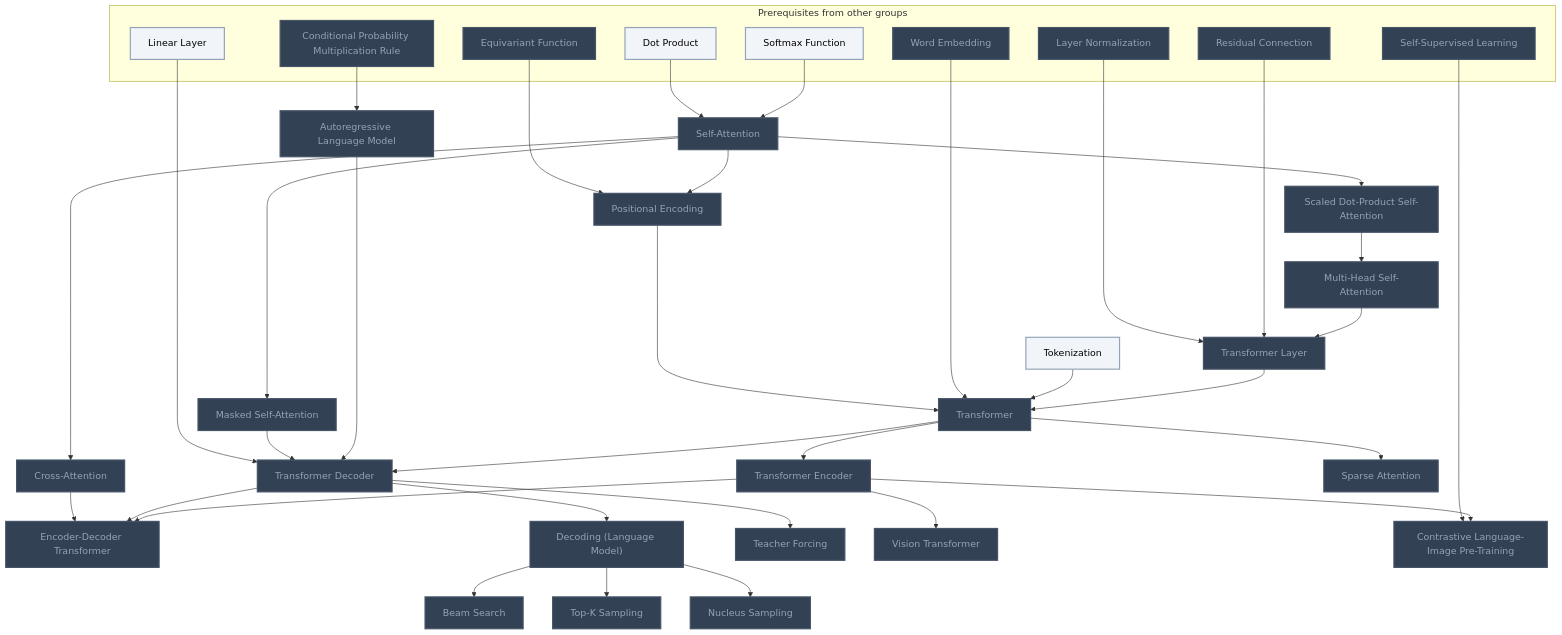
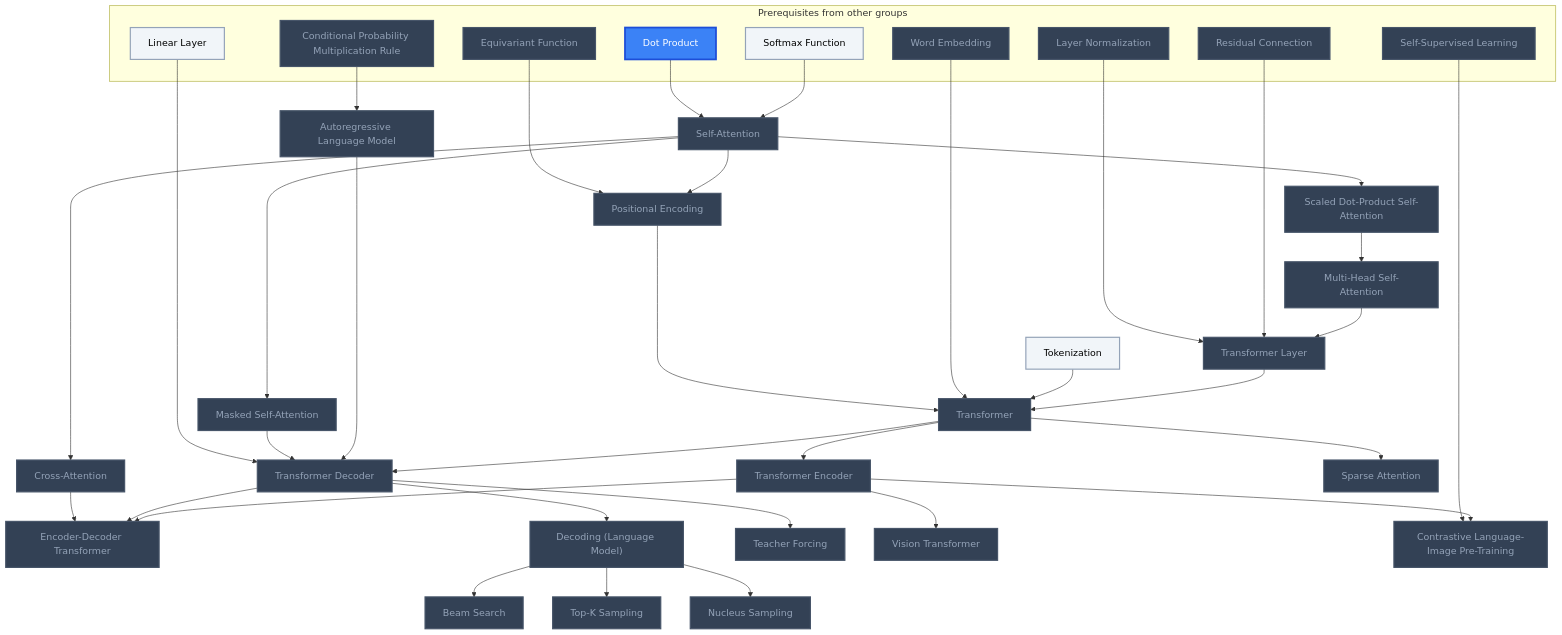
Before and after one commit to MRauf1/My-Notes: diagram 11 of 21 in Gamification/Skill Trees/Deep Learning.md, drawn with Mermaid. The commit also changed other lines of this file and 57 other files, not shown here.

````diff
--- a/Gamification/Skill Trees/Deep Learning.md
+++ b/Gamification/Skill Trees/Deep Learning.md
@@ -575,80 +575,81 @@
 ```mermaid
 flowchart TD
     classDef planned fill:#1E293B,stroke:#64748B,stroke-width:2px,stroke-dasharray:5 5,color:#94A3B8;
     classDef locked fill:#334155,stroke:#475569,stroke-width:2px,color:#94A3B8;
     classDef L0 fill:#F1F5F9,stroke:#94A3B8,stroke-width:2px,color:#000000;
     classDef L1 fill:#22C55E,stroke:#15803D,stroke-width:2px,color:#000000;
     classDef L2 fill:#3B82F6,stroke:#1D4ED8,stroke-width:3px,color:#FFFFFF;
     classDef L3 fill:#A855F7,stroke:#6B21A8,stroke-width:3px,color:#FFFFFF,font-weight:bold;
     classDef L4 fill:#F97316,stroke:#C2410C,stroke-width:4px,color:#000000,font-weight:bold;
     classDef L5 fill:#FFD700,stroke:#FF8C00,stroke-width:5px,color:#000000,font-weight:bold;
     classDef rusty stroke:#8B4513,stroke-width:4px,stroke-dasharray:3 3;
     subgraph sg_prereqs["Prerequisites from other groups"]
         n_softmax_function["Softmax Function"]
         n_dot_product["Dot Product"]
         n_equivariant_function["Equivariant Function"]
         n_residual_connection["Residual Connection"]
         n_layer_normalization["Layer Normalization"]
         n_word_embedding["Word Embedding"]
         n_conditional_probability_multiplication_rule["Conditional Probability Multiplication Rule"]
         n_linear_layer["Linear Layer"]
         n_self_supervised_learning["Self-Supervised Learning"]
     end
     n_self_attention["Self-Attention"]
     n_scaled_dot_product_self_attention["Scaled Dot-Product Self-Attention"]
     n_multi_head_self_attention["Multi-Head Self-Attention"]
     n_masked_self_attention["Masked Self-Attention"]
     n_cross_attention["Cross-Attention"]
     n_positional_encoding["Positional Encoding"]
     n_tokenization["Tokenization"]
     n_transformer_layer["Transformer Layer"]
     n_transformer["Transformer"]
     n_transformer_encoder["Transformer Encoder"]
     n_autoregressive_language_model["Autoregressive Language Model"]
     n_transformer_decoder["Transformer Decoder"]
     n_encoder_decoder_transformer["Encoder-Decoder Transformer"]
     n_decoding_language_model["Decoding (Language Model)"]
     n_beam_search["Beam Search"]
     n_top_k_sampling["Top-K Sampling"]
     n_nucleus_sampling["Nucleus Sampling"]
     n_teacher_forcing["Teacher Forcing"]
     n_sparse_attention["Sparse Attention"]
     n_vision_transformer["Vision Transformer"]
     n_contrastive_language_image_pre_training["Contrastive Language-Image Pre-Training"]
     n_softmax_function --> n_self_attention
     n_dot_product --> n_self_attention
     n_self_attention --> n_scaled_dot_product_self_attention
     n_scaled_dot_product_self_attention --> n_multi_head_self_attention
     n_self_attention --> n_masked_self_attention
     n_self_attention --> n_cross_attention
     n_self_attention --> n_positional_encoding
     n_equivariant_function --> n_positional_encoding
     n_multi_head_self_attention --> n_transformer_layer
     n_residual_connection --> n_transformer_layer
     n_layer_normalization --> n_transformer_layer
     n_transformer_layer --> n_transformer
     n_tokenization --> n_transformer
     n_word_embedding --> n_transformer
     n_positional_encoding --> n_transformer
     n_transformer --> n_transformer_encoder
     n_conditional_probability_multiplication_rule --> n_autoregressive_language_model
     n_transformer --> n_transformer_decoder
     n_autoregressive_language_model --> n_transformer_decoder
     n_masked_self_attention --> n_transformer_decoder
     n_linear_layer --> n_transformer_decoder
     n_transformer_encoder --> n_encoder_decoder_transformer
     n_transformer_decoder --> n_encoder_decoder_transformer
     n_cross_attention --> n_encoder_decoder_transformer
     n_transformer_decoder --> n_decoding_language_model
     n_decoding_language_model --> n_beam_search
     n_decoding_language_model --> n_top_k_sampling
     n_decoding_language_model --> n_nucleus_sampling
     n_transformer_decoder --> n_teacher_forcing
     n_transformer --> n_sparse_attention
     n_transformer_encoder --> n_vision_transformer
     n_transformer_encoder --> n_contrastive_language_image_pre_training
     n_self_supervised_learning --> n_contrastive_language_image_pre_training
     class n_equivariant_function,n_residual_connection,n_layer_normalization,n_word_embedding,n_conditional_probability_multiplication_rule,n_self_supervised_learning,n_self_attention,n_scaled_dot_product_self_attention,n_multi_head_self_attention,n_masked_self_attention,n_cross_attention,n_positional_encoding,n_transformer_layer,n_transformer,n_transformer_encoder,n_autoregressive_language_model,n_transformer_decoder,n_encoder_decoder_transformer,n_decoding_language_model,n_beam_search,n_top_k_sampling,n_nucleus_sampling,n_teacher_forcing,n_sparse_attention,n_vision_transformer,n_contrastive_language_image_pre_training locked;
-    class n_softmax_function,n_dot_product,n_linear_layer,n_tokenization L0;
+    class n_softmax_function,n_linear_layer,n_tokenization L0;
+    class n_dot_product L2;
     class n_softmax_function,n_dot_product,n_equivariant_function,n_residual_connection,n_layer_normalization,n_word_embedding,n_conditional_probability_multiplication_rule,n_linear_layer,n_self_supervised_learning,n_self_attention,n_scaled_dot_product_self_attention,n_multi_head_self_attention,n_masked_self_attention,n_cross_attention,n_positional_encoding,n_tokenization,n_transformer_layer,n_transformer,n_transformer_encoder,n_autoregressive_language_model,n_transformer_decoder,n_encoder_decoder_transformer,n_decoding_language_model,n_beam_search,n_top_k_sampling,n_nucleus_sampling,n_teacher_forcing,n_sparse_attention,n_vision_transformer,n_contrastive_language_image_pre_training internal-link;
 ```
````
